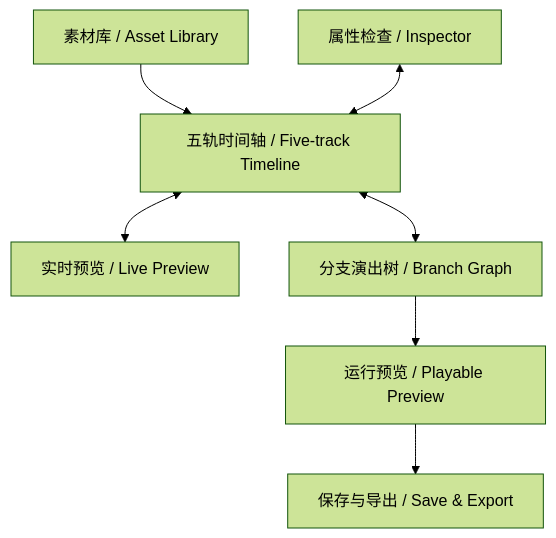
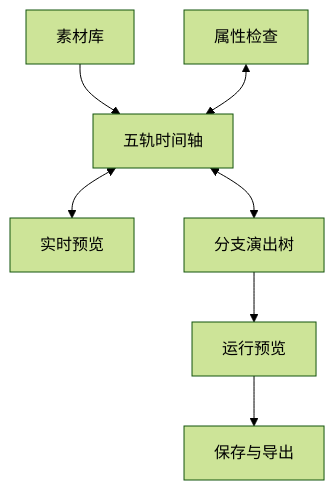
The first of 3 diagrams in README.md (GA10d/GameDev_Performance_System), drawn with Mermaid (forest theme) before and after one commit. The commit also changed other lines of this file and 1 other file, not shown here.

````diff
--- a/README.md
+++ b/README.md
@@ -42,9 +38,9 @@
 ```mermaid
 flowchart TB
-    L[素材库 / Asset Library] --> T
-    I[属性检查 / Inspector] <--> T[五轨时间轴 / Five-track Timeline]
-    T <--> P[实时预览 / Live Preview]
-    T <--> G[分支演出树 / Branch Graph]
-    G --> R[运行预览 / Playable Preview]
-    R --> E[保存与导出 / Save & Export]
+    L[素材库] --> T
+    I[属性检查] <--> T[五轨时间轴]
+    T <--> P[实时预览]
+    T <--> G[分支演出树]
+    G --> R[运行预览]
+    R --> E[保存与导出]
 ```
````
